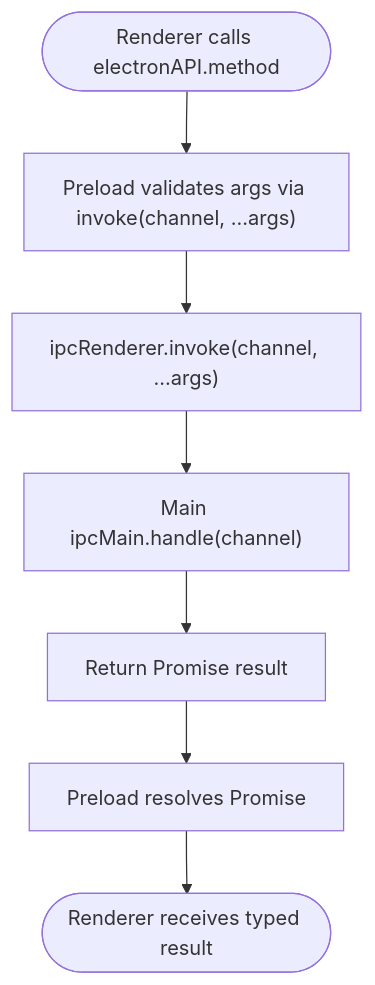
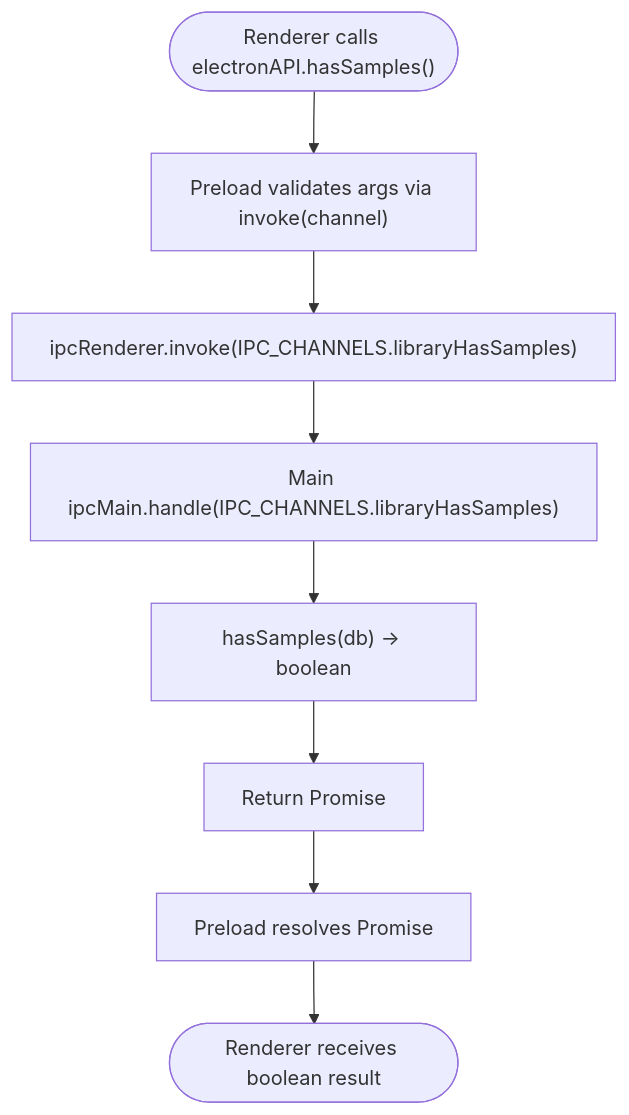
The fourth of 8 diagrams in .qoder/repowiki/en/content/IPC Communication.md (satyrlord/mixjam-electron), drawn with Mermaid before and after one commit. The commit also changed other lines of this file and 7 other files, not shown here.

First line of the commit message:
feat(data-management): centralize audio extensions and add hasSamples function

````diff
--- a/.qoder/repowiki/en/content/IPC Communication.md
+++ b/.qoder/repowiki/en/content/IPC Communication.md
@@ -189,9 +270,10 @@
 ```mermaid
 flowchart TD
-Start(["Renderer calls electronAPI.method"]) --> Check["Preload validates args via invoke(channel, ...args)"]
-Check --> Send["ipcRenderer.invoke(channel, ...args)"]
-Send --> Main["Main ipcMain.handle(channel)"]
-Main --> Return["Return Promise result"]
+Start(["Renderer calls electronAPI.hasSamples()"]) --> Check["Preload validates args via invoke(channel)"]
+Check --> Send["ipcRenderer.invoke(IPC_CHANNELS.libraryHasSamples)"]
+Send --> Main["Main ipcMain.handle(IPC_CHANNELS.libraryHasSamples)"]
+Main --> HasSamples["hasSamples(db) -> boolean"]
+HasSamples --> Return["Return Promise<boolean>"]
 Return --> Back["Preload resolves Promise"]
-Back --> Done(["Renderer receives typed result"])
+Back --> Done(["Renderer receives boolean result"])
 ```
````
